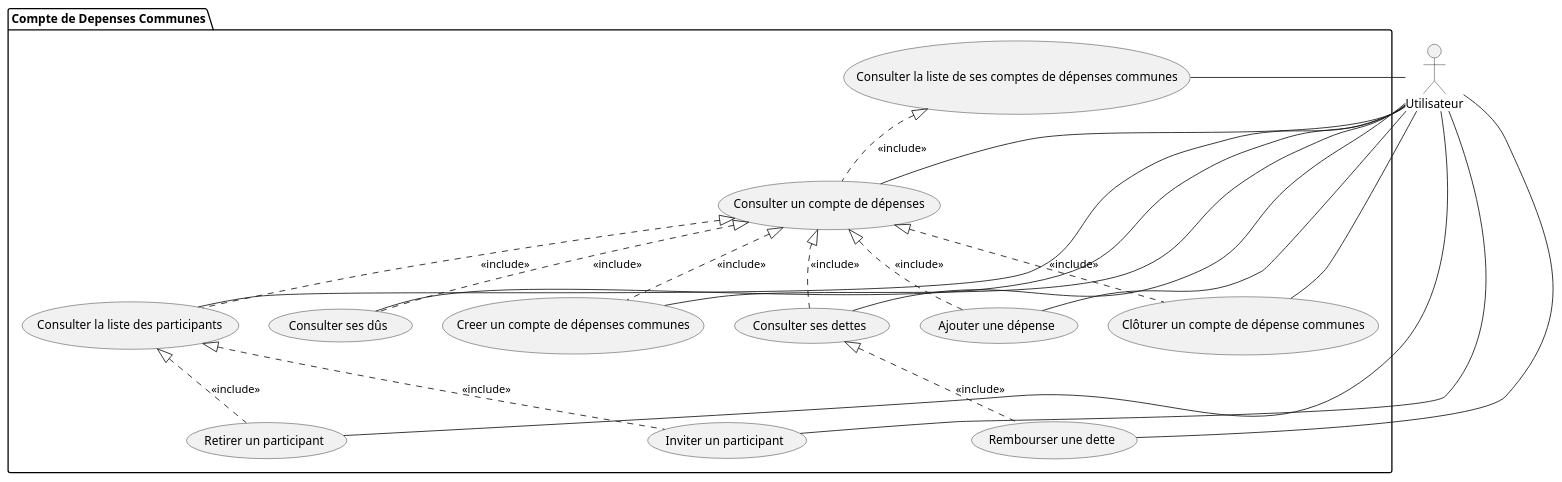
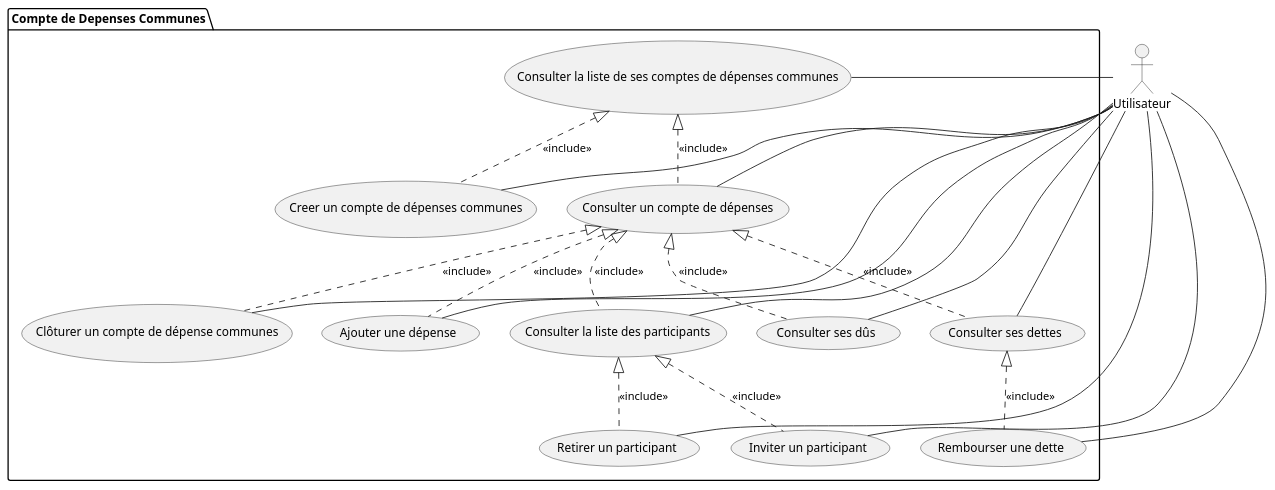
One commit to lmtb06/sharecount changed the diagram in diagrammes/specification/cas-utilisation/compte-depenses-communes.puml. Above: the diagram before and after it, drawn with PlantUML. The commit also changed 8 other files, not shown here.

```diff
--- a/diagrammes/specification/cas-utilisation/compte-depenses-communes.puml
+++ b/diagrammes/specification/cas-utilisation/compte-depenses-communes.puml
@@ -1,41 +1,41 @@
 @startuml
 
 actor "Utilisateur" as user
 
 package "Compte de Depenses Communes" {
 	usecase "Consulter la liste de ses comptes de dépenses communes" as clcdc
 	usecase "Consulter un compte de dépenses" as ccd
 	usecase "Creer un compte de dépenses communes" as ccdc
 	usecase "Clôturer un compte de dépense communes" as cocdc
 	usecase "Consulter la liste des participants" as clp
 	usecase "Inviter un participant" as ip
 	usecase "Retirer un participant" as ri
 	usecase "Ajouter une dépense" as ad
 	usecase "Rembourser une dette" as rd
 	usecase "Consulter ses dûs" as cd
 	usecase "Consulter ses dettes" as cdt
 }
 '	appartenance
 	user	--	clcdc
 	user	--	ccd
 	user	-	ccdc
 	user	-	cocdc
 	user	---	clp
 	user	--	ip
 	user	-	ri
 	user	-	ad
 	user	--	rd
 	user	-	cd
 	user	-	cdt
 '	includes
 	clcdc 	<|.. ccd  	: <<include>>
-	ccd 		<|.. ccdc  	: <<include>>
+	clcdc 		<|.. ccdc  	: <<include>>
 	ccd			<|..	cocdc : <<include>>
 	ccd			<|..	clp 	: <<include>>
 	clp			<|..	ip 		: <<include>>
 	clp			<|..	ri 		: <<include>>
 	ccd			<|..	ad 		: <<include>>
 	cdt			<|..	rd 		: <<include>>
 	ccd			<|..	cd 		: <<include>>
 	ccd			<|..	cdt 	: <<include>>
 @enduml
```
